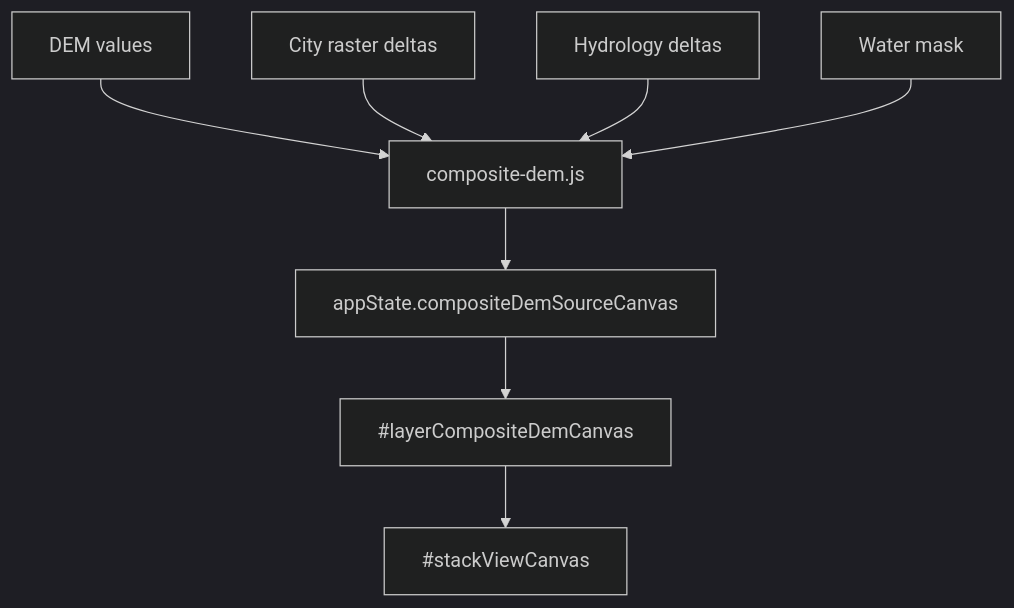
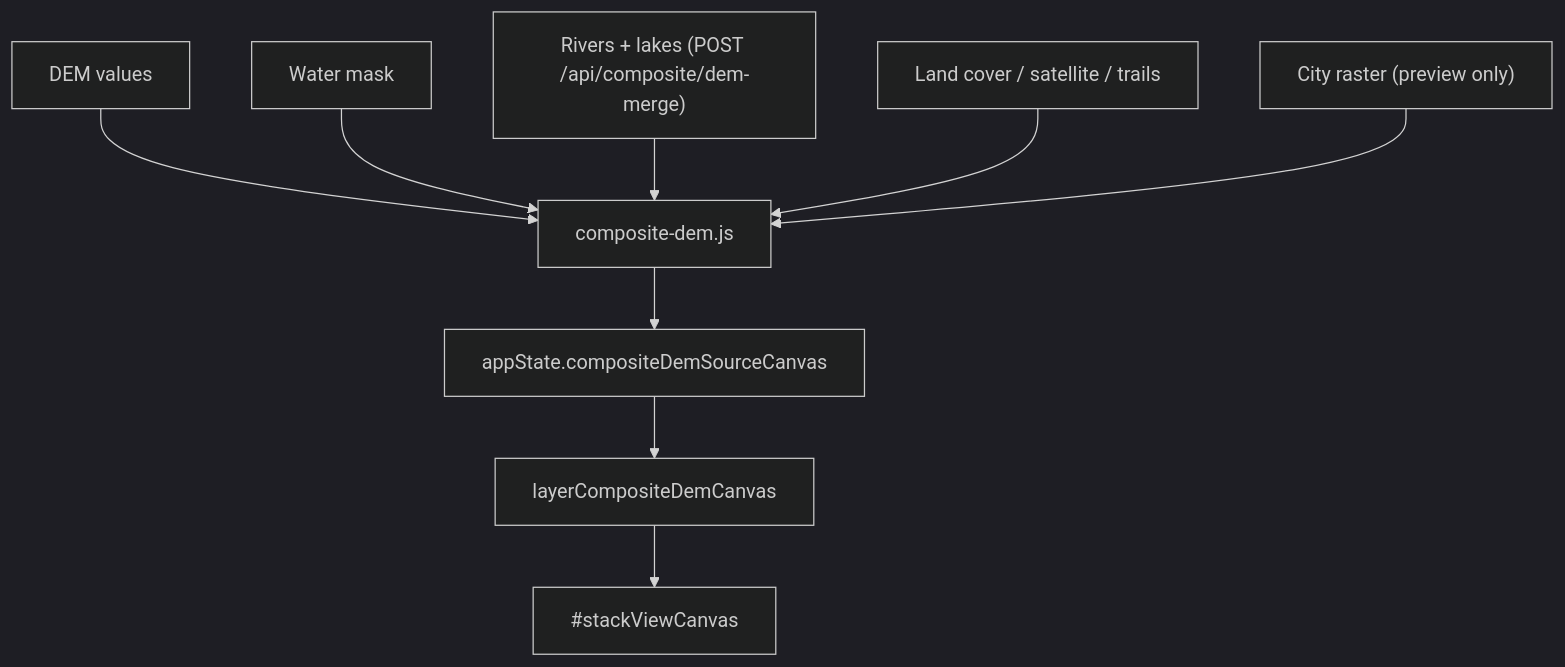
Before and after one commit to EdgarCardenasDeLaHoz/map2stl: the seventh of 7 diagrams in docs/reference/layer-system.md, drawn with Mermaid (dark theme). The commit also changed other lines of this file and 314 other files, not shown here.

First line of the commit message:
Docs reorganized: one INDEX, guides/, reference/, decisions/, plans roadmap, research/, history/

````diff
--- a/docs/reference/layer-system.md
+++ b/docs/reference/layer-system.md
@@ -220,10 +237,11 @@
 ```mermaid
 flowchart TD
     DEM2["DEM values"] --> COMP2["composite-dem.js"]
-    CITY2["City raster deltas"] --> COMP2
-    HYDRO2["Hydrology deltas"] --> COMP2
     WATER2["Water mask"] --> COMP2
+    HYDRO2["Rivers + lakes (POST /api/composite/dem-merge)"] --> COMP2
+    LC["Land cover / satellite / trails"] --> COMP2
+    CITY2["City raster (preview only)"] --> COMP2
     COMP2 --> CANVAS["appState.compositeDemSourceCanvas"]
-    CANVAS --> LAYER["#layerCompositeDemCanvas"]
+    CANVAS --> LAYER["layerCompositeDemCanvas"]
     LAYER --> STACK2["#stackViewCanvas"]
 ```
````
